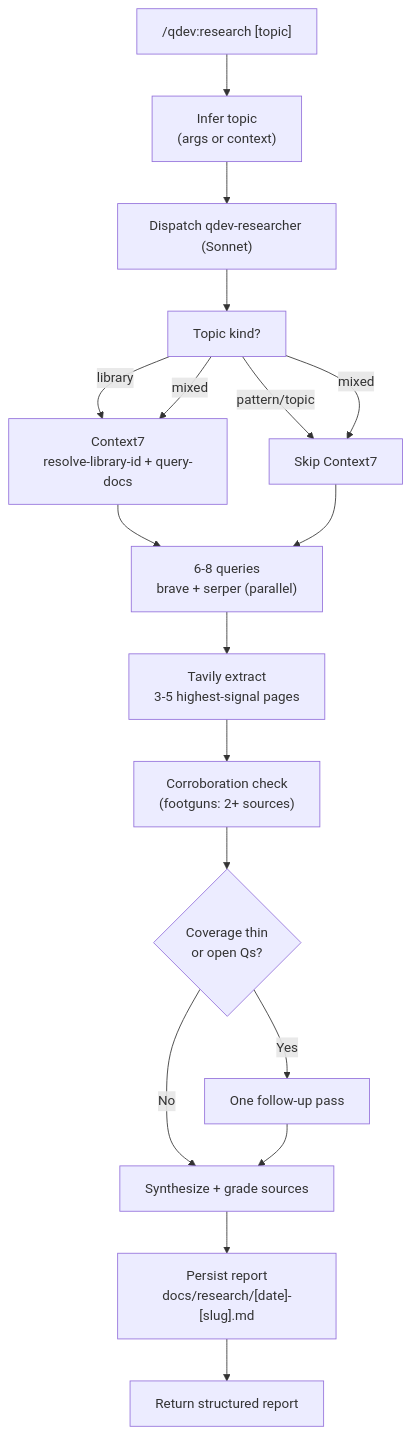
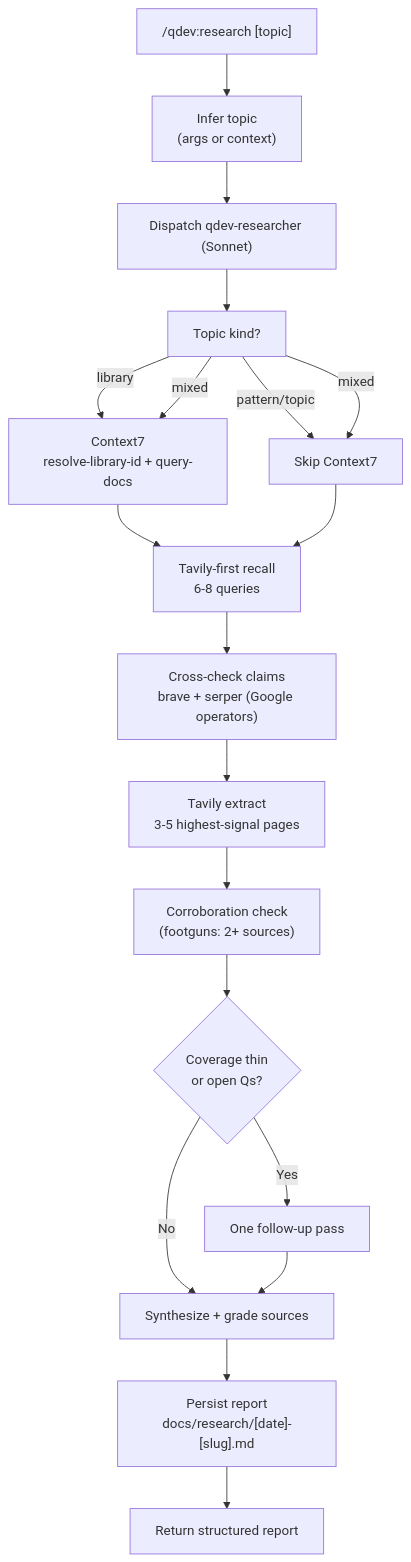
One commit to L3DigitalNet/Claude-Code-Plugins changed the diagram in plugins/qdev/README.md. Above: the diagram before and after it, drawn with Mermaid. The commit also changed other lines of this file and 3 other files, not shown here.

First line of the commit message:
docs(qdev): fix changelog structure, re-sync vendored schema, update README to v2 search model

````diff
--- a/plugins/qdev/README.md
+++ b/plugins/qdev/README.md
@@ -40,20 +40,21 @@
 ```mermaid
 flowchart TD
     A["/qdev:research [topic]"] --> B["Infer topic<br/>(args or context)"]
     B --> C["Dispatch qdev-researcher (Sonnet)"]
     C --> D["Topic kind?"]
     D -->|library| E["Context7<br/>resolve-library-id + query-docs"]
     D -->|pattern/topic| F["Skip Context7"]
     D -->|mixed| E
     D -->|mixed| F
-    E --> G["6-8 queries<br/>brave + serper (parallel)"]
+    E --> G["Tavily-first recall<br/>6-8 queries"]
     F --> G
-    G --> H["Tavily extract<br/>3-5 highest-signal pages"]
+    G --> G2["Cross-check claims<br/>brave + serper (Google operators)"]
+    G2 --> H["Tavily extract<br/>3-5 highest-signal pages"]
     H --> I["Corroboration check<br/>(footguns: 2+ sources)"]
     I --> J{"Coverage thin<br/>or open Qs?"}
     J -->|Yes| K["One follow-up pass"]
     J -->|No| L["Synthesize + grade sources"]
     K --> L
     L --> M["Persist report<br/>docs/research/[date]-[slug].md"]
     M --> N["Return structured report"]
 ```
````
